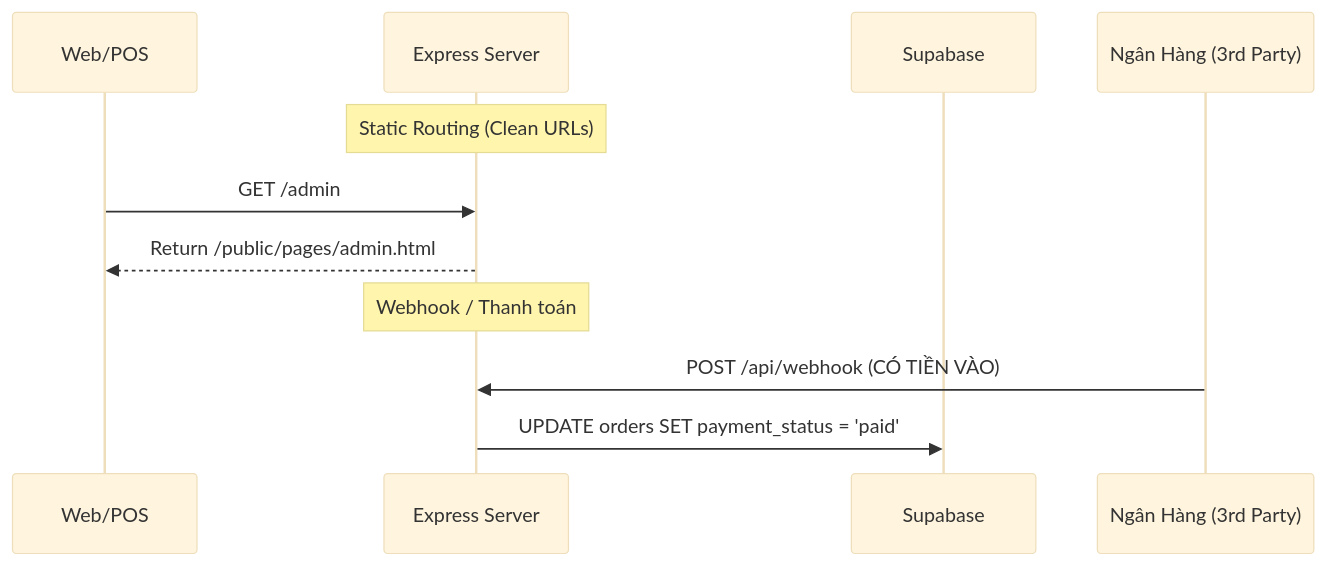
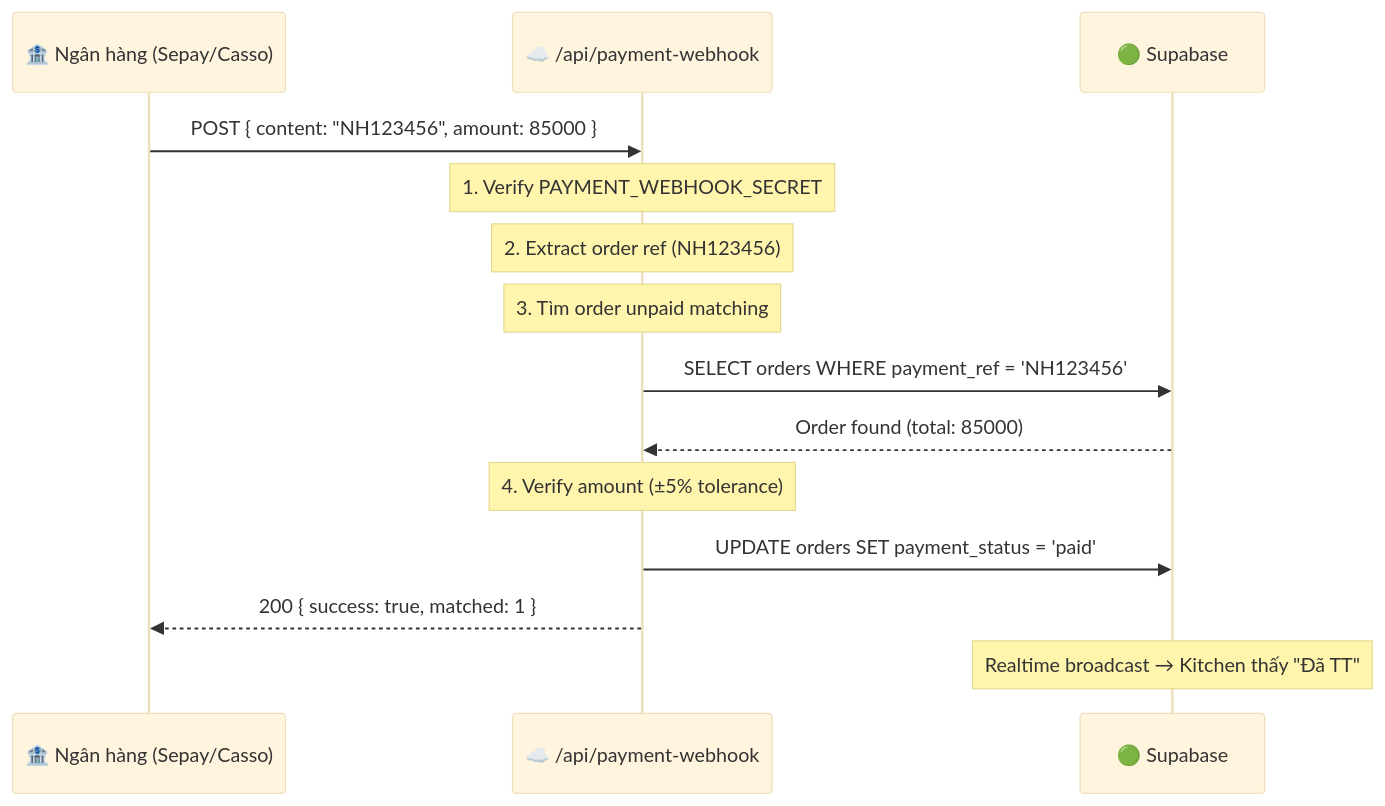
The second of 2 diagrams in docs-obsidian/06_Backend_And_APIs.md (khoaTF/coffee-house), drawn with Mermaid (base theme) before and after one commit. The commit also changed other lines of this file and 8 other files, not shown here.

````diff
--- a/docs-obsidian/06_Backend_And_APIs.md
+++ b/docs-obsidian/06_Backend_And_APIs.md
@@ -7,15 +70,22 @@
 ```mermaid
 sequenceDiagram
-    participant Web/POS
-    participant NodeServer as Express Server
-    participant Supabase
-    participant Bank as Ngân Hàng (3rd Party)
-    
-    Note over NodeServer: Static Routing (Clean URLs)
-    Web/POS->>NodeServer: GET /admin
-    NodeServer-->>Web/POS: Return /public/pages/admin.html
-    
-    Note over NodeServer: Webhook / Thanh toán
-    Bank->>NodeServer: POST /api/webhook (CÓ TIỀN VÀO)
-    NodeServer->>Supabase: UPDATE orders SET payment_status = 'paid'
+    participant Bank as 🏦 Ngân hàng (Sepay/Casso)
+    participant WH as ☁️ /api/payment-webhook
+    participant DB as 🟢 Supabase
+
+    Bank->>WH: POST { content: "NH123456", amount: 85000 }
+
+    Note over WH: 1. Verify PAYMENT_WEBHOOK_SECRET
+    Note over WH: 2. Extract order ref (NH123456)
+    Note over WH: 3. Tìm order unpaid matching
+
+    WH->>DB: SELECT orders WHERE payment_ref = 'NH123456'
+    DB-->>WH: Order found (total: 85000)
+
+    Note over WH: 4. Verify amount (±5% tolerance)
+
+    WH->>DB: UPDATE orders SET payment_status = 'paid'
+    WH-->>Bank: 200 { success: true, matched: 1 }
+
+    Note over DB: Realtime broadcast → Kitchen thấy "Đã TT"
 ```
````
